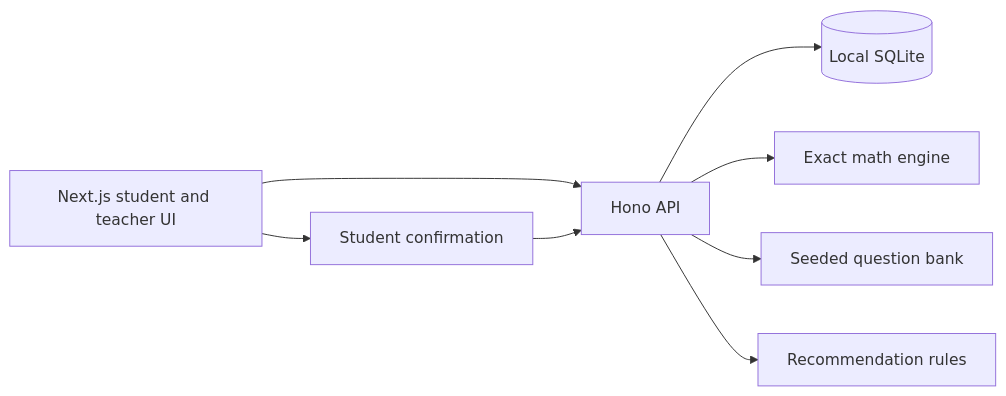
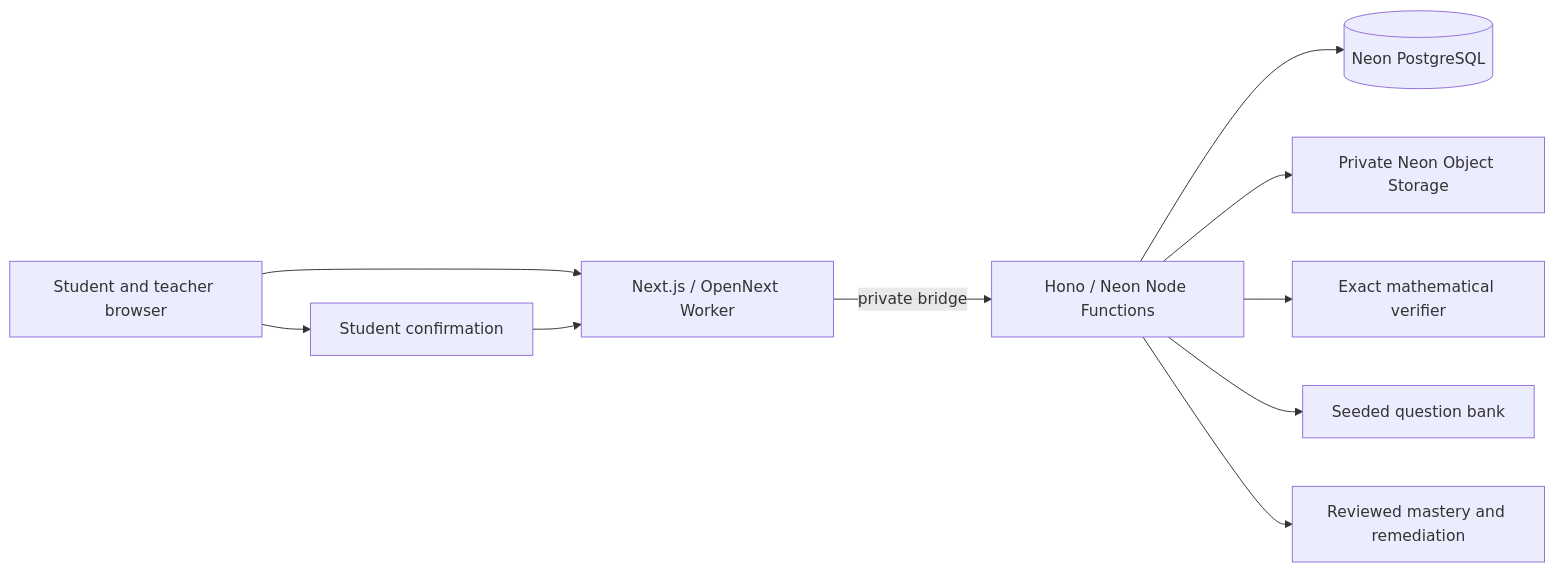
One commit to sarseej-shrestha/TracelabOS changed the diagram in obsidian/TraceLab-Vault/02-Architecture/System-Architecture.md. Above: the diagram before and after it, drawn with Mermaid. The commit also changed other lines of this file and 7 other files, not shown here.

Commit message:
docs(cloud): reconcile resource boundaries and deployment roadmap

````diff
--- a/obsidian/TraceLab-Vault/02-Architecture/System-Architecture.md
+++ b/obsidian/TraceLab-Vault/02-Architecture/System-Architecture.md
@@ -5,10 +5,12 @@
 ```mermaid
 flowchart LR
- UI[Next.js student and teacher UI] --> API[Hono API]
- API --> DB[(Local SQLite)]
- API --> M[Exact math engine]
+ UI[Student and teacher browser] --> W[Next.js / OpenNext Worker]
+ W -->|private bridge| API[Hono / Neon Node Functions]
+ API --> DB[(Neon PostgreSQL)]
+ API --> IM[Private Neon Object Storage]
+ API --> M[Exact mathematical verifier]
  API --> Q[Seeded question bank]
- API --> L[Recommendation rules]
+ API --> L[Reviewed mastery and remediation]
  UI --> C[Student confirmation]
- C --> API
+ C --> W
 ```
````
